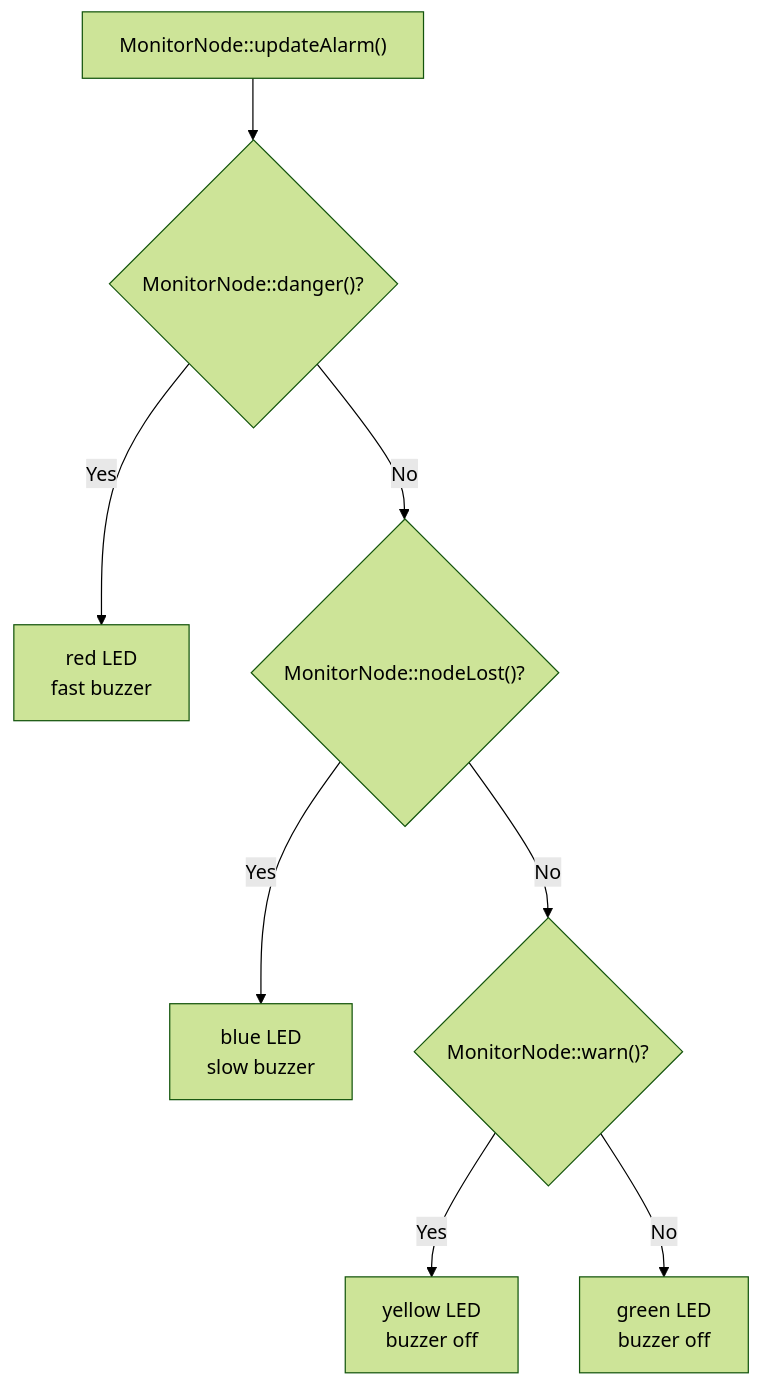
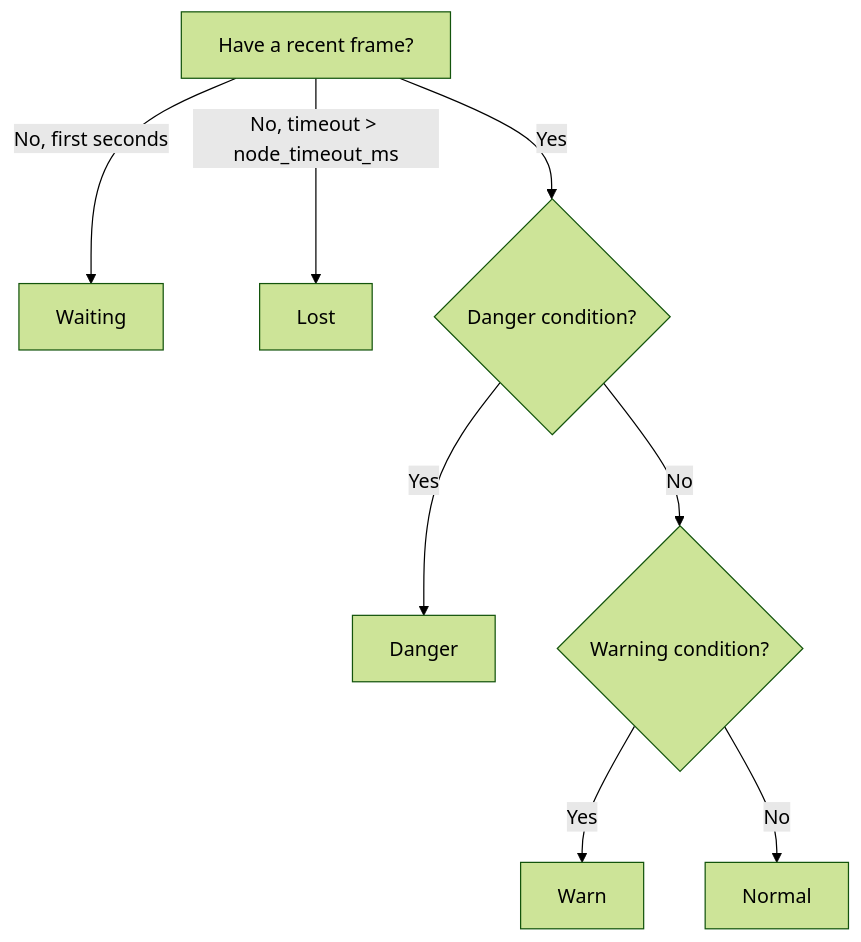
The second of 2 diagrams in docs/FUNCTION_DESIGN_WALKTHROUGH.en.md (Cusnd/dual-stm32-safety-monitor), drawn with Mermaid (forest theme) before and after one commit. The commit also changed other lines of this file and 63 other files, not shown here.

Commit message:
Update backend architecture docs and firmware modules

````diff
--- a/docs/FUNCTION_DESIGN_WALKTHROUGH.en.md
+++ b/docs/FUNCTION_DESIGN_WALKTHROUGH.en.md
@@ -263,10 +107,10 @@
 ```mermaid
 flowchart TD
-  D["MonitorNode::updateAlarm()"] --> A{"MonitorNode::danger()?"}
-  A -->|"Yes"| RED["red LED\nfast buzzer"]
-  A -->|"No"| L{"MonitorNode::nodeLost()?"}
-  L -->|"Yes"| BLUE["blue LED\nslow buzzer"]
-  L -->|"No"| W{"MonitorNode::warn()?"}
-  W -->|"Yes"| YELLOW["yellow LED\nbuzzer off"]
-  W -->|"No"| GREEN["green LED\nbuzzer off"]
+  A["Have a recent frame?"] -->|No, first seconds| W["Waiting"]
+  A -->|No, timeout > node_timeout_ms| L["Lost"]
+  A -->|Yes| D{"Danger condition?"}
+  D -->|Yes| Danger["Danger"]
+  D -->|No| R{"Warning condition?"}
+  R -->|Yes| Warn["Warn"]
+  R -->|No| Normal["Normal"]
 ```
````
